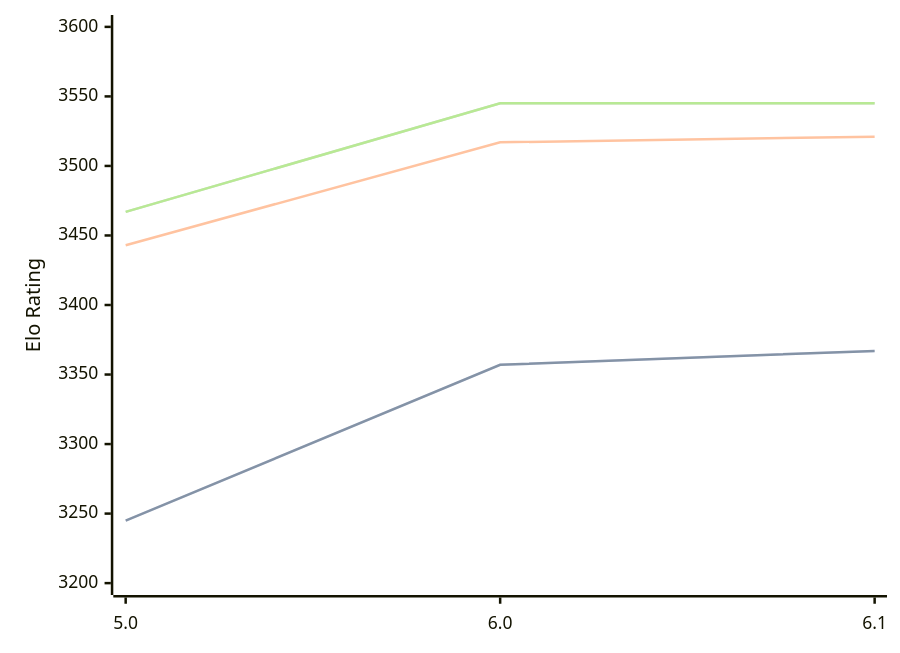
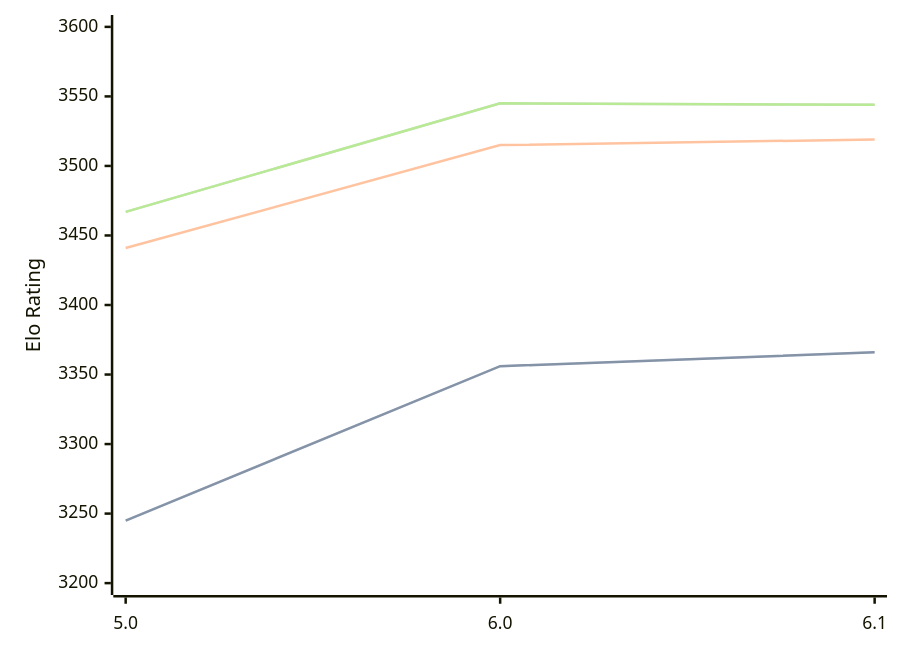
One commit to computer-chess-index/cci changed the diagram in engines/Starzix.md. Above: the diagram before and after it, drawn with Mermaid. The commit also changed other lines of this file, not shown here.

Commit message:
Update CCI Ratings (ELO VLTC) - 2026-04-17

````diff
--- a/engines/Starzix.md
+++ b/engines/Starzix.md
@@ -37,11 +37,11 @@
 ```mermaid
 %%{init: {"theme":"base","themeVariables":{"seriesColors:['#a3a3a3','#222221','#faa371']}}}%%
 xychart-beta
   x-axis ["5.0", "6.0", "6.1"]
   y-axis "Elo Rating" 3200 --> 3600
-  line "STC (8.0+0.08s)" [3245, 3357, 3367]
-  line "STC (8.0+0.08s)" [3245, 3357, 3367]
-  line "LTC (60.0+0.60s)" [3443, 3517, 3521]
-  line "VLTC (2m24s+1.12s)" [3467, 3545, 3545]
-  line "VLTC (2m24s+1.12s)" [3467, 3545, 3545]
+  line "STC (8.0+0.08s)" [3245, 3356, 3366]
+  line "STC (8.0+0.08s)" [3245, 3356, 3366]
+  line "LTC (60.0+0.60s)" [3441, 3515, 3519]
+  line "VLTC (2m24s+1.12s)" [3467, 3545, 3544]
+  line "VLTC (2m24s+1.12s)" [3467, 3545, 3544]
 ```
````
